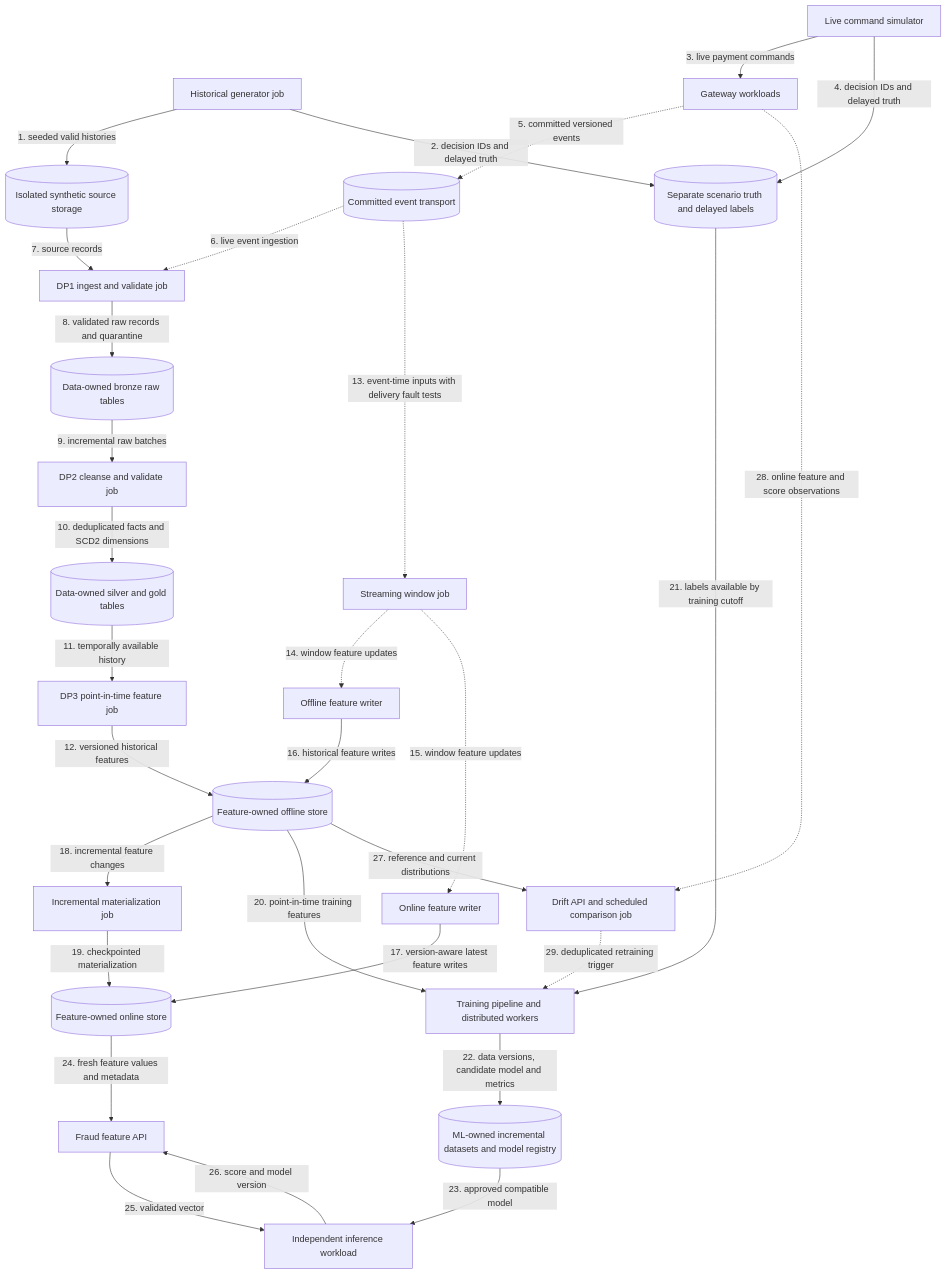
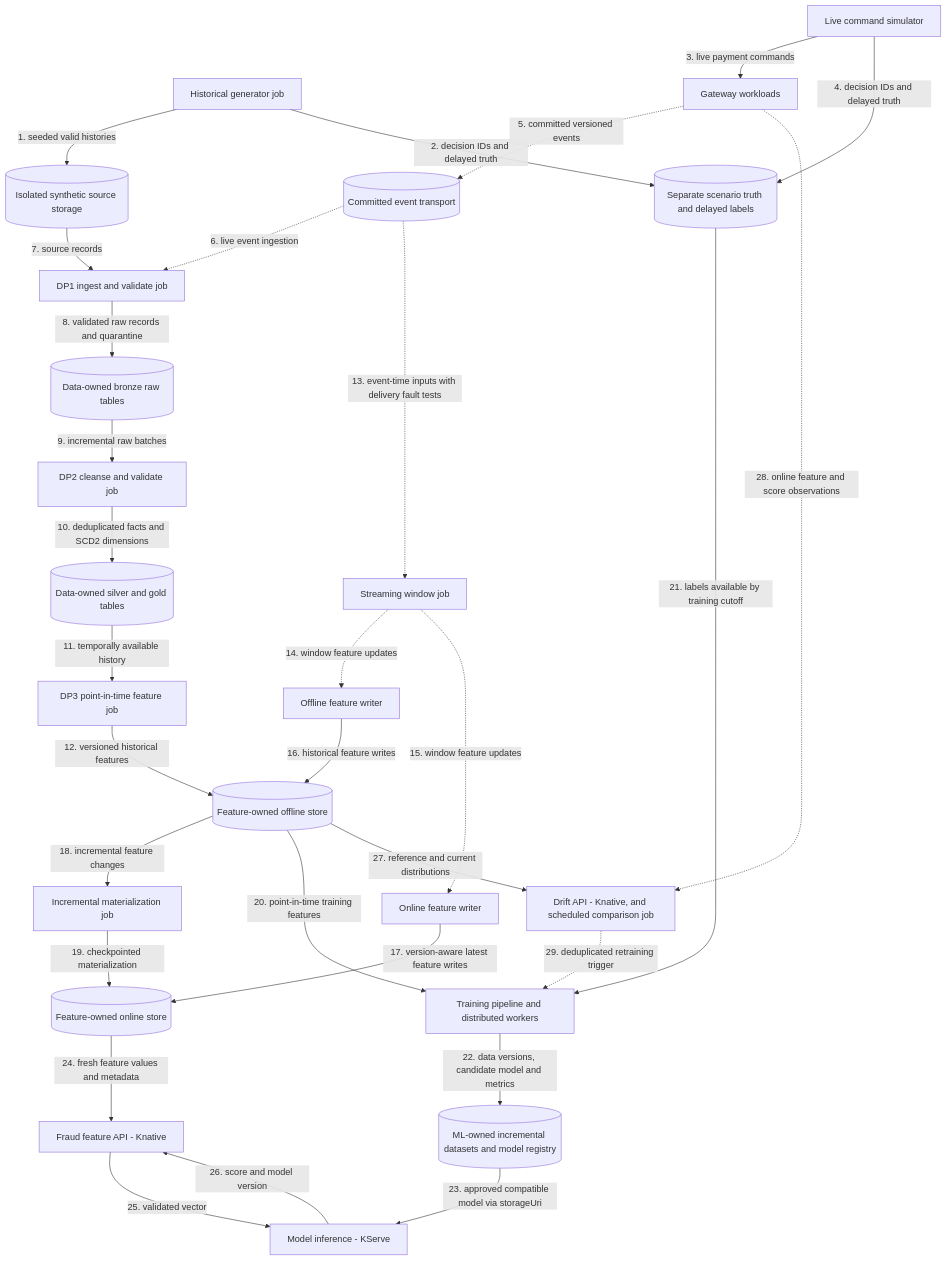
One commit to phuchoang2603/realtime-credit-card-fraud-detection changed the diagram in docs/architecture/data-ml-flows.md. Above: the diagram before and after it, drawn with Mermaid. The commit also changed other lines of this file and 3 other files, not shown here.

````diff
--- a/docs/architecture/data-ml-flows.md
+++ b/docs/architecture/data-ml-flows.md
@@ -9,54 +9,54 @@
 ```mermaid
 flowchart TB
     H["Historical generator job"]
     L["Live command simulator"]
     G["Gateway workloads"]
     T[("Separate scenario truth and delayed labels")]
     S[("Isolated synthetic source storage")]
     Q[("Committed event transport")]
     D1["DP1 ingest and validate job"]
     B[("Data-owned bronze raw tables")]
     D2["DP2 cleanse and validate job"]
     C[("Data-owned silver and gold tables")]
     D3["DP3 point-in-time feature job"]
     O[("Feature-owned offline store")]
     W["Streaming window job"]
     WO["Offline feature writer"]
     WN["Online feature writer"]
     N[("Feature-owned online store")]
     MT["Incremental materialization job"]
     TR["Training pipeline and distributed workers"]
     MR[("ML-owned incremental datasets and model registry")]
-    F["Fraud feature API"]
-    I["Independent inference workload"]
-    D["Drift API and scheduled comparison job"]
+    F["Fraud feature API - Knative"]
+    I["Model inference - KServe"]
+    D["Drift API - Knative, and scheduled comparison job"]
     H -->|"1. seeded valid histories"| S
     H -->|"2. decision IDs and delayed truth"| T
     L -->|"3. live payment commands"| G
     L -->|"4. decision IDs and delayed truth"| T
     G -.->|"5. committed versioned events"| Q
     Q -.->|"6. live event ingestion"| D1
     S -->|"7. source records"| D1
     D1 -->|"8. validated raw records and quarantine"| B
     B -->|"9. incremental raw batches"| D2
     D2 -->|"10. deduplicated facts and SCD2 dimensions"| C
     C -->|"11. temporally available history"| D3
     D3 -->|"12. versioned historical features"| O
     Q -.->|"13. event-time inputs with delivery fault tests"| W
     W -.->|"14. window feature updates"| WO
     W -.->|"15. window feature updates"| WN
     WO -->|"16. historical feature writes"| O
     WN -->|"17. version-aware latest feature writes"| N
     O -->|"18. incremental feature changes"| MT
     MT -->|"19. checkpointed materialization"| N
     O -->|"20. point-in-time training features"| TR
     T -->|"21. labels available by training cutoff"| TR
     TR -->|"22. data versions, candidate model and metrics"| MR
-    MR -->|"23. approved compatible model"| I
+    MR -->|"23. approved compatible model via storageUri"| I
     N -->|"24. fresh feature values and metadata"| F
     F -->|"25. validated vector"| I
     I -->|"26. score and model version"| F
     O -->|"27. reference and current distributions"| D
     G -.->|"28. online feature and score observations"| D
     D -.->|"29. deduplicated retraining trigger"| TR
 ```
````
